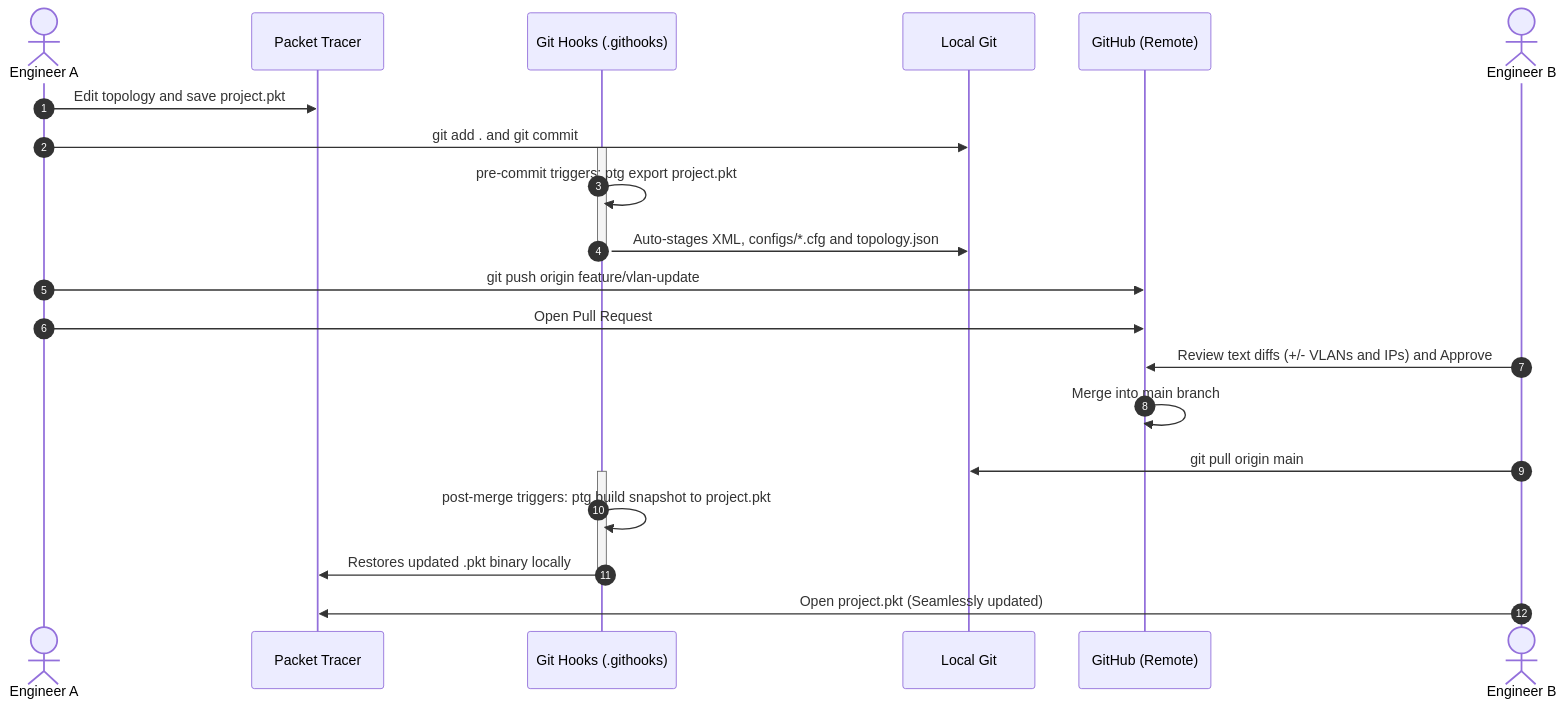
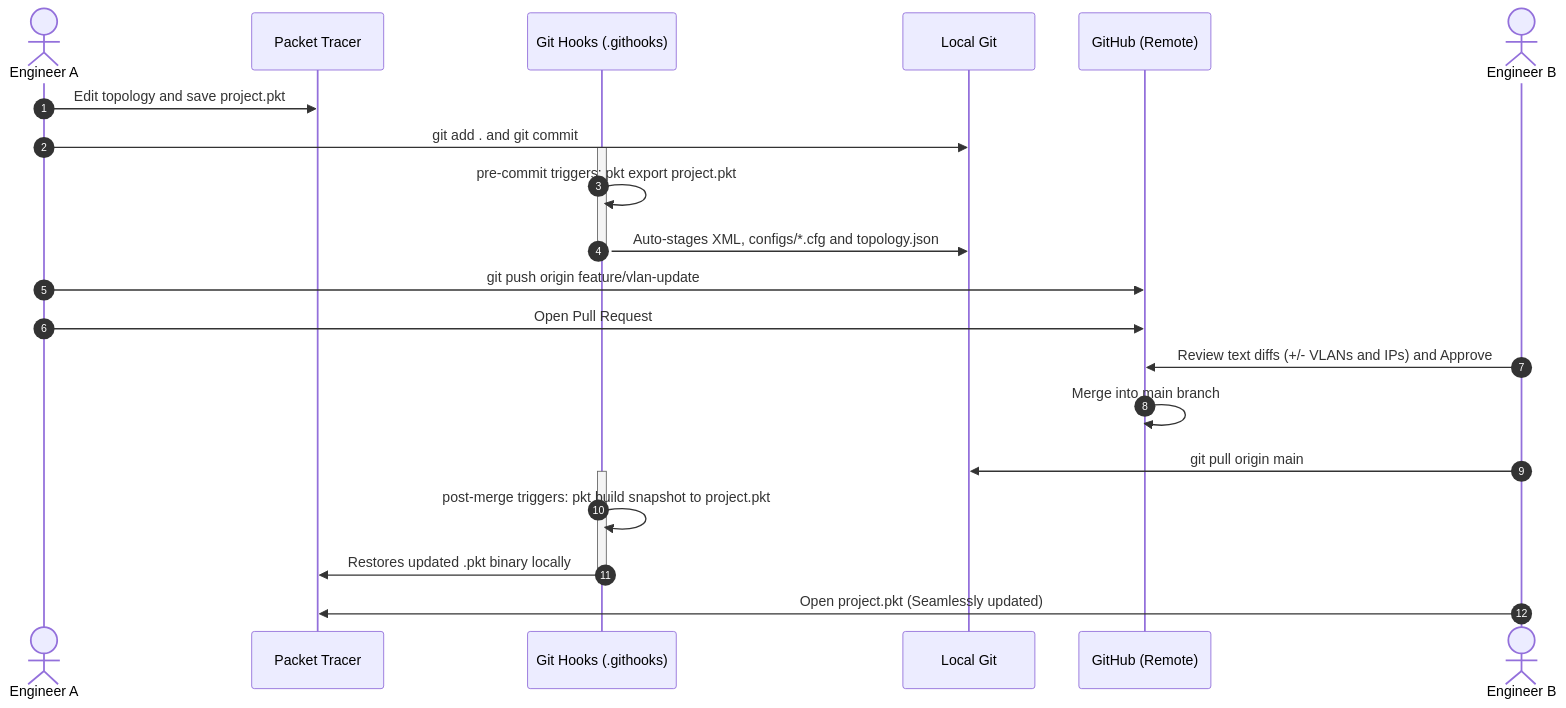
One commit to MarkOne-dev/pkt-git changed the second of 3 diagrams in README.md. Above: the diagram before and after it, drawn with Mermaid. The commit also changed other lines of this file and 11 other files, not shown here.

Commit message:
feat(cli): rename command to pkt (ptg kept as legacy alias)

````diff
--- a/README.md
+++ b/README.md
@@ -186,28 +186,28 @@
 ```mermaid
 sequenceDiagram
     autonumber
     actor DevA as Engineer A
     participant PT as Packet Tracer
     participant Hook as Git Hooks (.githooks)
     participant Git as Local Git
     participant Hub as GitHub (Remote)
     actor DevB as Engineer B
 
     DevA->>PT: Edit topology and save project.pkt
     DevA->>Git: git add . and git commit
     activate Hook
-    Hook->>Hook: pre-commit triggers: ptg export project.pkt
+    Hook->>Hook: pre-commit triggers: pkt export project.pkt
     Hook->>Git: Auto-stages XML, configs/*.cfg and topology.json
     deactivate Hook
     DevA->>Hub: git push origin feature/vlan-update
     DevA->>Hub: Open Pull Request
     DevB->>Hub: Review text diffs (+/- VLANs and IPs) and Approve
     Hub->>Hub: Merge into main branch
 
     DevB->>Git: git pull origin main
     activate Hook
-    Hook->>Hook: post-merge triggers: ptg build snapshot to project.pkt
+    Hook->>Hook: post-merge triggers: pkt build snapshot to project.pkt
     Hook->>PT: Restores updated .pkt binary locally
     deactivate Hook
     DevB->>PT: Open project.pkt (Seamlessly updated)
 ```
````
